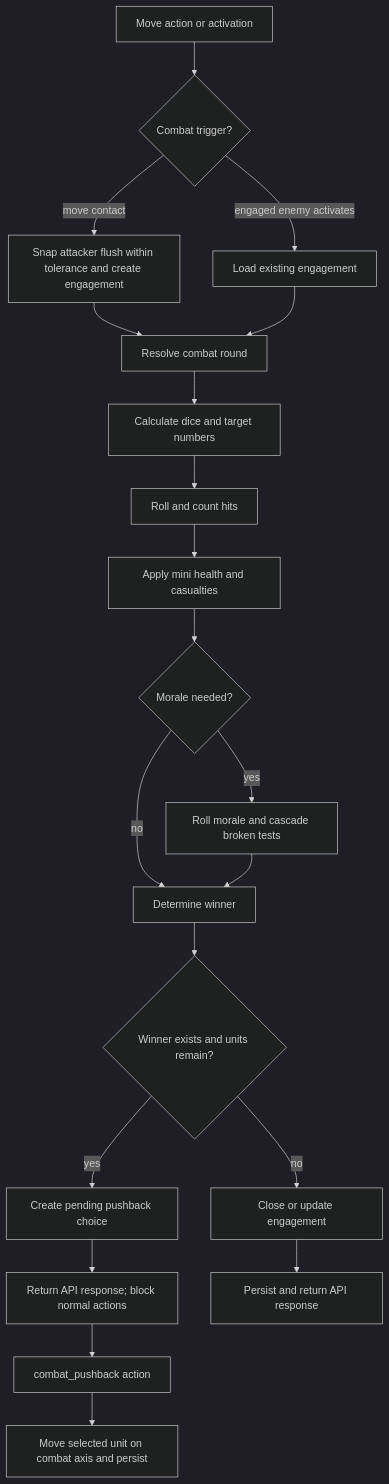
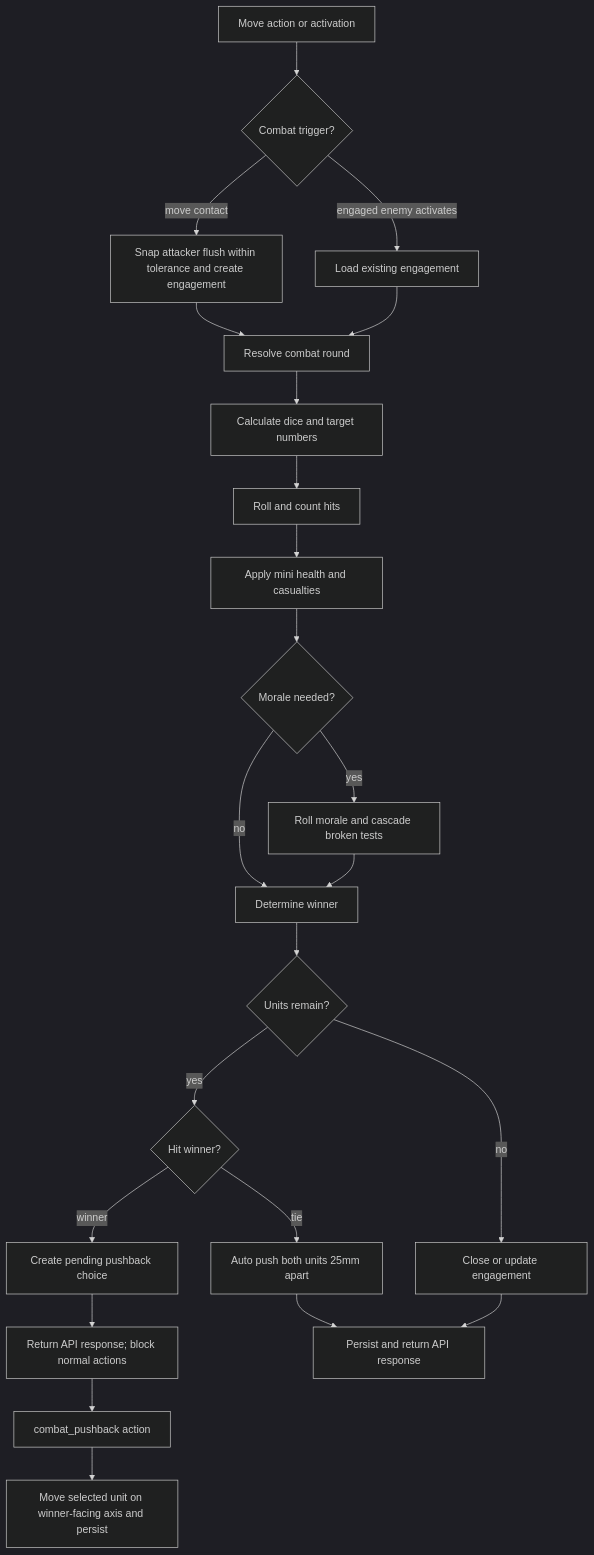
The diagram in docs/plans/2026-06-03-combat-feature-plan.md (bkroeze/miniswar), drawn with Mermaid (dark theme) before and after one commit. The commit also changed other lines of this file and 2 other files, not shown here.

Commit message:
no-mistakes(document): Sync combat pushback docs

````diff
--- a/docs/plans/2026-06-03-combat-feature-plan.md
+++ b/docs/plans/2026-06-03-combat-feature-plan.md
@@ -84,22 +85,25 @@
 ```mermaid
 flowchart TB
   A[Move action or activation] --> B{Combat trigger?}
   B -->|move contact| C[Snap attacker flush within tolerance and create engagement]
   B -->|engaged enemy activates| D[Load existing engagement]
   C --> E[Resolve combat round]
   D --> E
   E --> F[Calculate dice and target numbers]
   F --> G[Roll and count hits]
   G --> H[Apply mini health and casualties]
   H --> I{Morale needed?}
   I -->|yes| J[Roll morale and cascade broken tests]
   I -->|no| K[Determine winner]
   J --> K
-  K --> L{Winner exists and units remain?}
-  L -->|yes| M[Create pending pushback choice]
+  K --> L{Units remain?}
   L -->|no| N[Close or update engagement]
+  L -->|yes| S{Hit winner?}
+  S -->|winner| M[Create pending pushback choice]
+  S -->|tie| T[Auto push both units 25mm apart]
   M --> O[Return API response; block normal actions]
-  N --> P[Persist and return API response]
+  T --> P[Persist and return API response]
+  N --> P
   O --> Q[combat_pushback action]
-  Q --> R[Move selected unit on combat axis and persist]
+  Q --> R[Move selected unit on winner-facing axis and persist]
 ```
````
